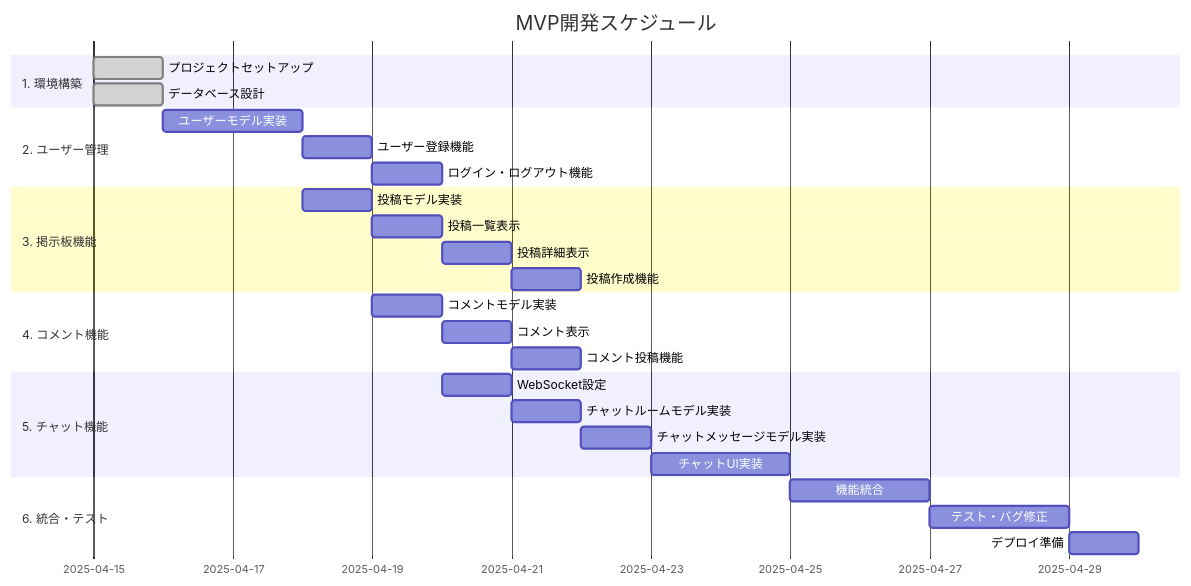
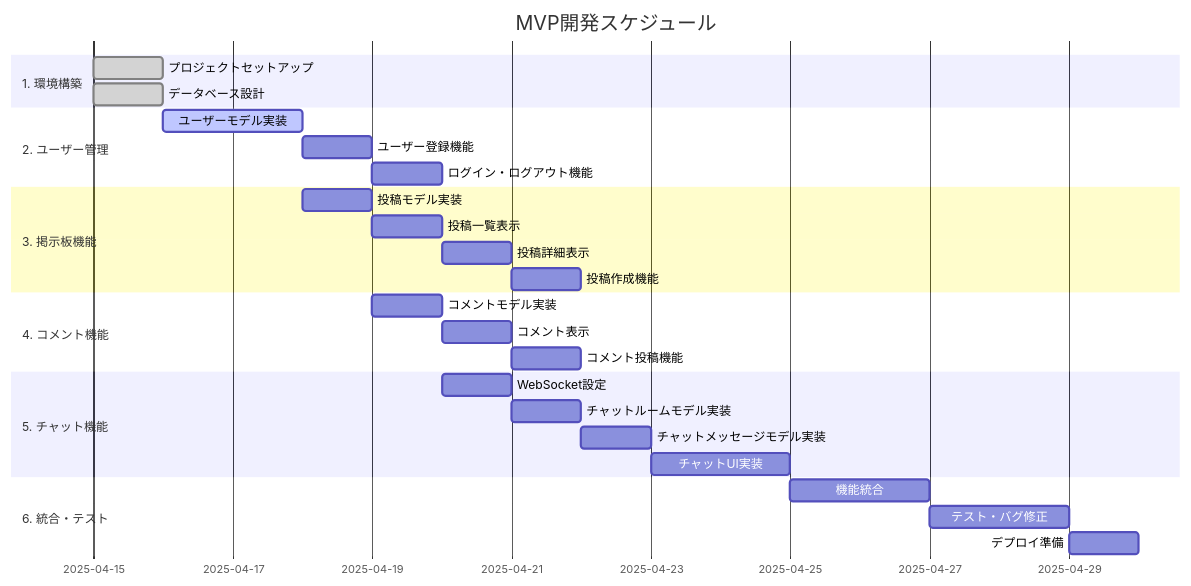
Before and after one commit to garchomp-game/agent-test: the diagram in docs/workflow/development-workflow.md, drawn with Mermaid. The commit also changed 4 other files, not shown here.

````diff
--- a/docs/workflow/development-workflow.md
+++ b/docs/workflow/development-workflow.md
@@ -14,36 +14,36 @@
 ```mermaid
 gantt
     title MVP開発スケジュール
     dateFormat  YYYY-MM-DD
     
     section 1. 環境構築
     プロジェクトセットアップ       :done, setup, 2025-04-15, 1d
     データベース設計               :done, db_design, 2025-04-15, 1d
     
     section 2. ユーザー管理
-    ユーザーモデル実装             :user1, after setup, 2d
+    ユーザーモデル実装             :active, user1, after setup, 2d
     ユーザー登録機能               :user2, after user1, 1d
     ログイン・ログアウト機能       :user3, after user2, 1d
     
     section 3. 掲示板機能
     投稿モデル実装                 :post1, after user1, 1d
     投稿一覧表示                   :post2, after post1, 1d
     投稿詳細表示                   :post3, after post2, 1d
     投稿作成機能                   :post4, after post3, 1d
     
     section 4. コメント機能
     コメントモデル実装             :comment1, after post1, 1d
     コメント表示                   :comment2, after comment1, 1d
     コメント投稿機能               :comment3, after comment2, 1d
     
     section 5. チャット機能
     WebSocket設定                  :chat1, after user3, 1d
     チャットルームモデル実装       :chat2, after chat1, 1d
     チャットメッセージモデル実装   :chat3, after chat2, 1d
     チャットUI実装                 :chat4, after chat3, 2d
     
     section 6. 統合・テスト
     機能統合                       :test1, after chat4, 2d
     テスト・バグ修正               :test2, after test1, 2d
     デプロイ準備                   :deploy, after test2, 1d
 ```
````
